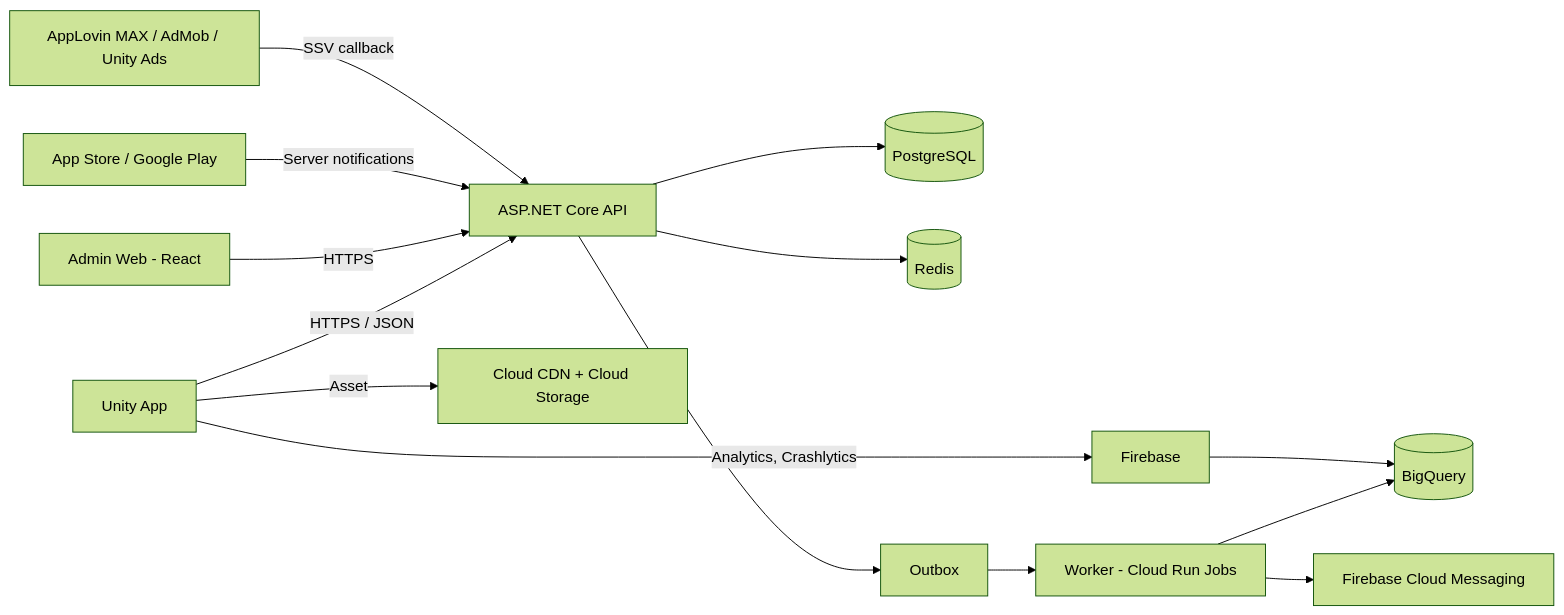
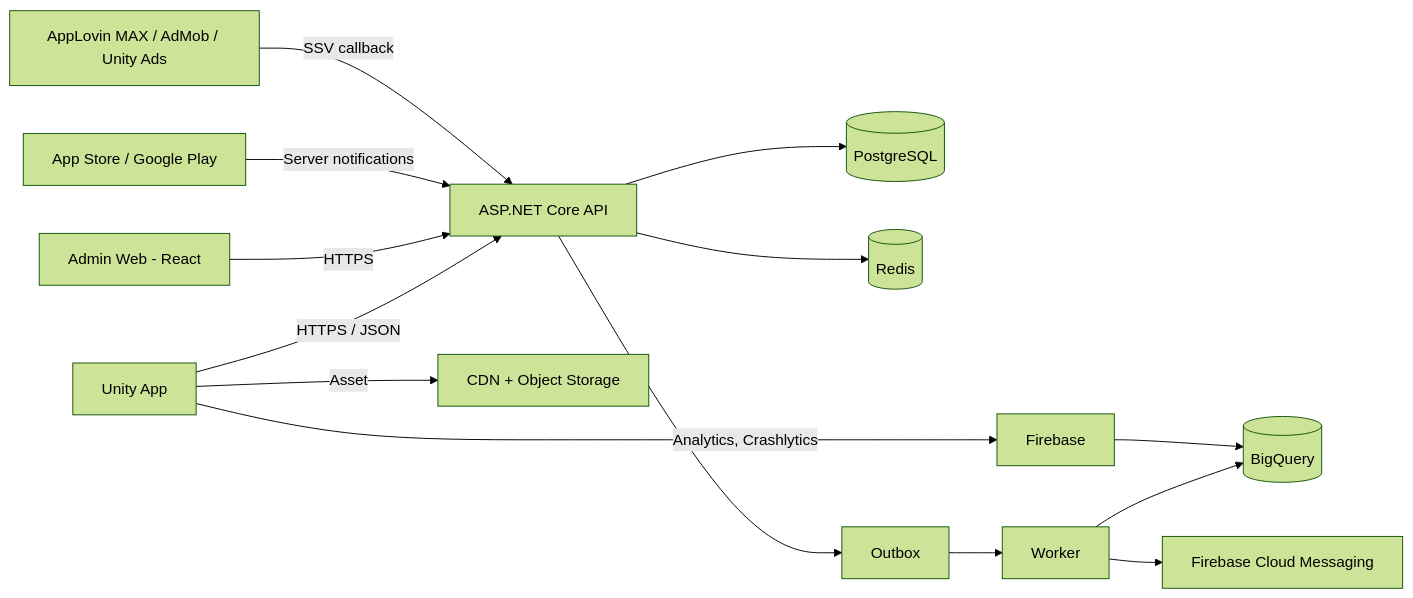
Before and after one commit to huynhdien1610/ClaudeCode: the diagram in docs/TECH_STACK.md, drawn with Mermaid (forest theme). The commit also changed other lines of this file and 1 other file, not shown here.

First line of the commit message:
Record tech stack decisions: Unity and .NET chosen, cloud deferred

````diff
--- a/docs/TECH_STACK.md
+++ b/docs/TECH_STACK.md
@@ -93,15 +103,15 @@
 ```mermaid
 flowchart LR
     App[Unity App] -->|HTTPS / JSON| API[ASP.NET Core API]
     Admin[Admin Web - React] -->|HTTPS| API
     Store[App Store / Google Play] -->|Server notifications| API
     Ads[AppLovin MAX / AdMob / Unity Ads] -->|SSV callback| API
     API --> PG[(PostgreSQL)]
     API --> RD[(Redis)]
-    API --> OB[Outbox] --> WK[Worker - Cloud Run Jobs]
+    API --> OB[Outbox] --> WK[Worker]
     WK --> BQ[(BigQuery)]
     WK --> FCM[Firebase Cloud Messaging]
     App -->|Analytics, Crashlytics| FB[Firebase]
     FB --> BQ
-    App -->|Asset| CDN[Cloud CDN + Cloud Storage]
+    App -->|Asset| CDN[CDN + Object Storage]
 ```
````
